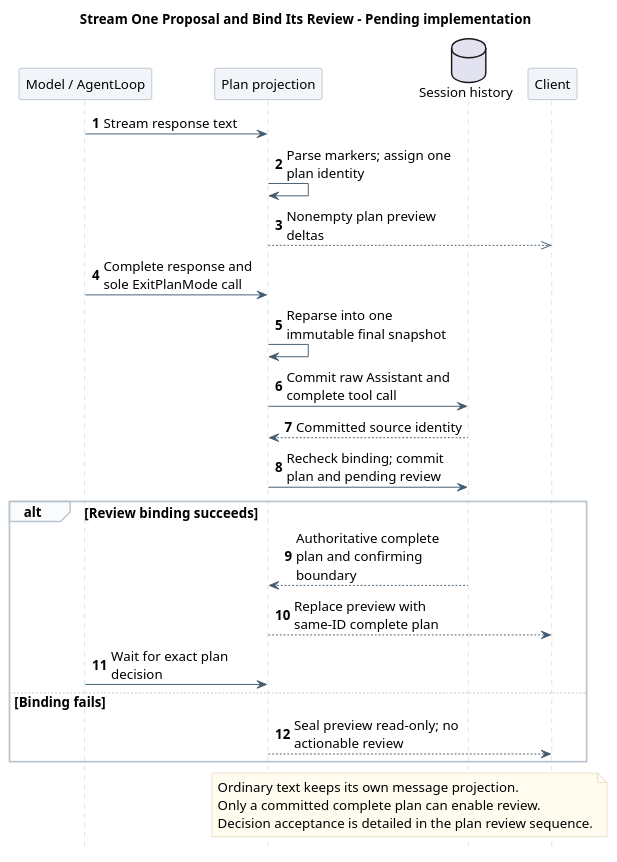
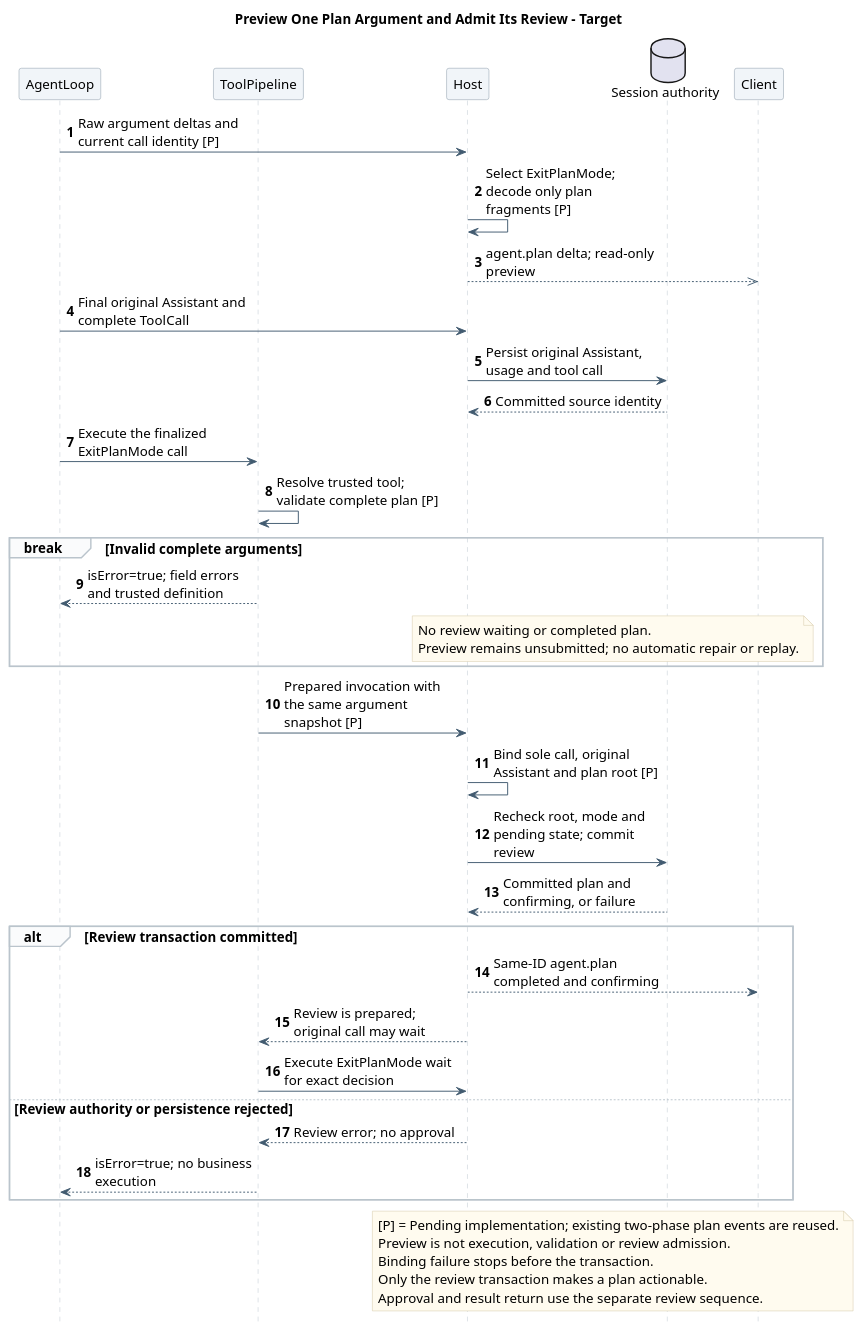
One commit to ssm0808/pi-mono-java-design changed the seventh of 7 diagrams in 01-总体架构/06-CampusClaw计划模式/diagram.puml. Above: the diagram before and after it, drawn with PlantUML. The commit also changed other lines of this file and 27 other files, not shown here.

Commit message:
docs(plan): stream plan parameters through existing review events

```diff
--- a/01-总体架构/06-CampusClaw计划模式/diagram.puml
+++ b/01-总体架构/06-CampusClaw计划模式/diagram.puml
@@ -626,54 +655,71 @@
 @startuml plan_streaming_sequence
-' Source baseline: pi-mono-java fb842b1ac6cb4818f6b146f79dd184a5cd88bf12.
-' Source: modules/agent-core/src/main/java/com/campusclaw/agent/loop/AgentLoop.java :: runTurns.
-' Source: modules/coding-agent-cli/src/main/java/com/campusclaw/codingagent/runtimeapi/event/RuntimeEventProjector.java :: persistAssistant, beforeToolCall, beginPlanReview.
-' Source: modules/coding-agent-cli/src/main/java/com/campusclaw/codingagent/runtimeapi/event/RuntimeCommittedEventFactory.java :: textContent, agentPlan.
-' Observed behavior: text deltas already stream; current review reads the complete plan tool argument.
-' Design reason: same-response text binding avoids a second model request and a stale-history lookup.
-' Codex: 78245b47af2a7aafcabe025828ceecca69db4df1; codex-rs/utils/stream-parser/src/proposed_plan.rs :: ProposedPlanParser.
-' Codex: codex-rs/core/src/session/turn.rs :: handle_plan_segments, maybe_complete_plan_item_from_message.
-' Pending implementation: marker parser, empty arguments, immutable source binding and same-ID plan card.
-' Presentation: one responsibility-level scenario; implementation details remain in the linked document.
+' Source baseline checked 2026-09-28: pi-mono-java 553dcd5e2ff682f9684810a043b442b37a02e54a.
+' Source: modules/ai/src/main/java/com/campusclaw/ai/stream/AssistantMessageEvent.java :: ToolCallDeltaEvent.
+' Source: modules/ai/src/main/java/com/campusclaw/ai/provider/mate/MateChatSseParser.java :: appendToolCall, startTool, finishTools.
+' Observed behavior: Provider raw argument deltas are implemented; Mate partial id/name need a pending identity fix.
+' Source: modules/agent-core/src/main/java/com/campusclaw/agent/loop/AgentLoop.java :: runTurns, runToolPhase.
+' Source: modules/agent-core/src/main/java/com/campusclaw/agent/tool/ToolExecutionPipeline.java :: validate, prepare, applyBeforeHook.
+' Source: modules/coding-agent-cli/src/main/java/com/campusclaw/codingagent/runtimeapi/event/RuntimeEventProjector.java :: projectMessageUpdate, persistAssistant, beginPlanReview.
+' Source: modules/coding-agent-cli/src/main/java/com/campusclaw/codingagent/runtimeapi/event/PlanProposalBinder.java :: bind.
+' Observed behavior: the current Java reads text markers and accepts empty ExitPlanMode arguments.
+' Design reason: preview decoded plan arguments while full validation and durable review stay separate.
+' Pending implementation: required plan schema, PlanArgumentPreviewParser, PlanArgumentSnapshotDTO and argument binding.
+' Presentation: one response from Provider deltas to review admission; approval is a separate sequence.
 skinparam backgroundColor white
 skinparam defaultFontName SansSerif
 skinparam defaultFontSize 14
 skinparam shadowing false
 skinparam sequenceMessageAlign left
 skinparam maxMessageSize 180
 skinparam sequenceArrowColor #425B70
 skinparam sequenceLifeLineBorderColor #BAC4CC
 skinparam sequenceParticipantBackgroundColor #F1F5F9
 skinparam sequenceParticipantBorderColor #8496A4
 skinparam sequenceGroupBackgroundColor #FAFBFC
 skinparam sequenceGroupBorderColor #BAC4CC
 skinparam noteBackgroundColor #FFFBEF
 skinparam noteBorderColor #D2C6A5
 hide footbox
 autonumber
 
-title Stream One Proposal and Bind Its Review - Pending implementation
-participant "Model / AgentLoop" as Loop
-participant "Plan projection" as Runtime
-database "Session history" as DB
+title Preview One Plan Argument and Admit Its Review - Target
+participant AgentLoop as Loop
+participant ToolPipeline as Pipeline
+participant Host
+database "Session authority" as Session
 participant Client
-Loop -> Runtime : Stream response text
-Runtime -> Runtime : Parse markers; assign one plan identity
-Runtime -->> Client : Nonempty plan preview deltas
-Loop -> Runtime : Complete response and sole ExitPlanMode call
-Runtime -> Runtime : Reparse into one immutable final snapshot
-Runtime -> DB : Commit raw Assistant and complete tool call
-DB --> Runtime : Committed source identity
-Runtime -> DB : Recheck binding; commit plan and pending review
-alt Review binding succeeds
-  DB --> Runtime : Authoritative complete plan and confirming boundary
-  Runtime --> Client : Replace preview with same-ID complete plan
-  Loop -> Runtime : Wait for exact plan decision
-else Binding fails
-  Runtime --> Client : Seal preview read-only; no actionable review
+Loop -> Host : Raw argument deltas and current call identity [P]
+Host -> Host : Select ExitPlanMode; decode only plan fragments [P]
+Host -->> Client : agent.plan delta; read-only preview
+Loop -> Host : Final original Assistant and complete ToolCall
+Host -> Session : Persist original Assistant, usage and tool call
+Session --> Host : Committed source identity
+Loop -> Pipeline : Execute the finalized ExitPlanMode call
+Pipeline -> Pipeline : Resolve trusted tool; validate complete plan [P]
+break Invalid complete arguments
+  Pipeline --> Loop : isError=true; field errors and trusted definition
+  note over Host,Client
+    No review waiting or completed plan.
+    Preview remains unsubmitted; no automatic repair or replay.
+  end note
 end
-note over Runtime,Client
-  Ordinary text keeps its own message projection.
-  Only a committed complete plan can enable review.
-  Decision acceptance is detailed in the plan review sequence.
+Pipeline -> Host : Prepared invocation with the same argument snapshot [P]
+  Host -> Host : Bind sole call, original Assistant and plan root [P]
+  Host -> Session : Recheck root, mode and pending state; commit review
+  Session --> Host : Committed plan and confirming, or failure
+  alt Review transaction committed
+    Host --> Client : Same-ID agent.plan completed and confirming
+    Host --> Pipeline : Review is prepared; original call may wait
+    Pipeline -> Host : Execute ExitPlanMode wait for exact decision
+  else Review authority or persistence rejected
+    Host --> Pipeline : Review error; no approval
+    Pipeline --> Loop : isError=true; no business execution
+  end
+note over Host,Client
+  [P] = Pending implementation; existing two-phase plan events are reused.
+  Preview is not execution, validation or review admission.
+  Binding failure stops before the transaction.
+  Only the review transaction makes a plan actionable.
+  Approval and result return use the separate review sequence.
 end note
 @enduml
```
